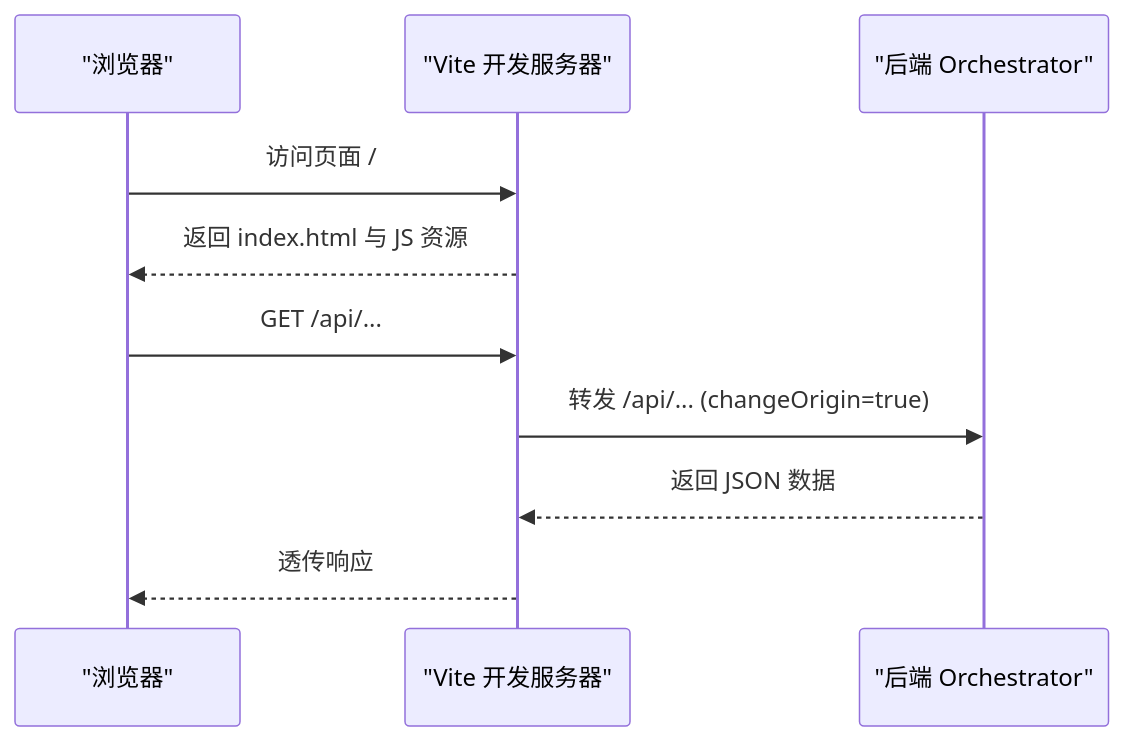
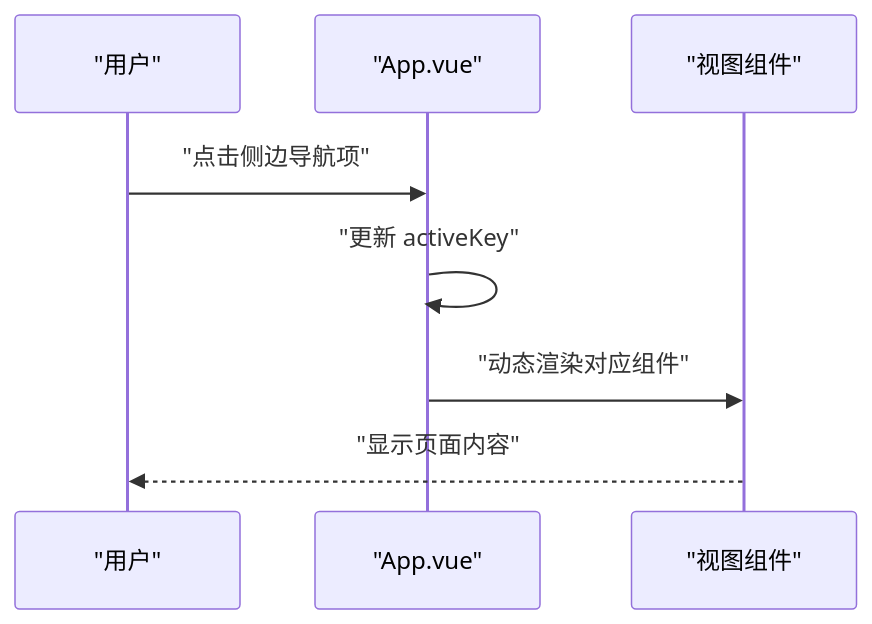
One commit to Joeyzheng001/LLM-AutoTest changed the third of 6 diagrams in .qoder/repowiki/zh/content/核心服务/前端应用.md. Above: the diagram before and after it, drawn with Mermaid. The commit also changed other lines of this file and 186 other files, not shown here.

````diff
--- a/.qoder/repowiki/zh/content/核心服务/前端应用.md
+++ b/.qoder/repowiki/zh/content/核心服务/前端应用.md
@@ -92,12 +118,10 @@
 ```mermaid
 sequenceDiagram
-participant U as "浏览器"
-participant V as "Vite 开发服务器"
-participant O as "后端 Orchestrator"
-U->>V : 访问页面 /
-V-->>U : 返回 index.html 与 JS 资源
-U->>V : GET /api/...
-V->>O : 转发 /api/... (changeOrigin=true)
-O-->>V : 返回 JSON 数据
-V-->>U : 透传响应
+participant U as "用户"
+participant A as "App.vue"
+participant V as "视图组件"
+U->>A : "点击侧边导航项"
+A->>A : "更新 activeKey"
+A->>V : "动态渲染对应组件"
+V-->>U : "显示页面内容"
 ```
````
